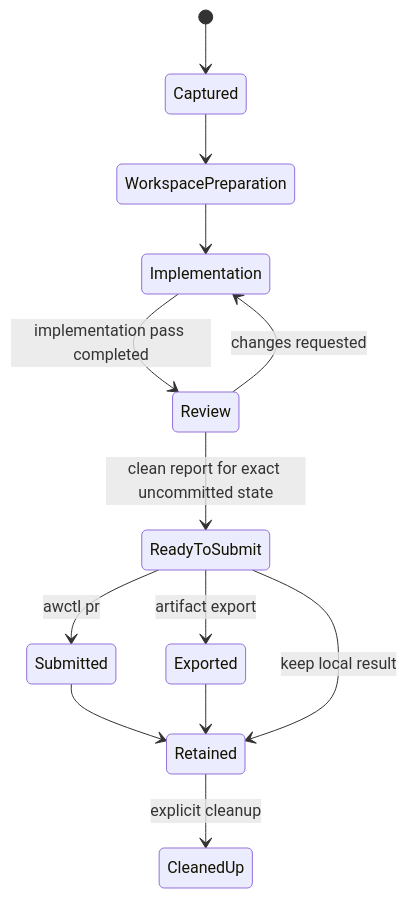
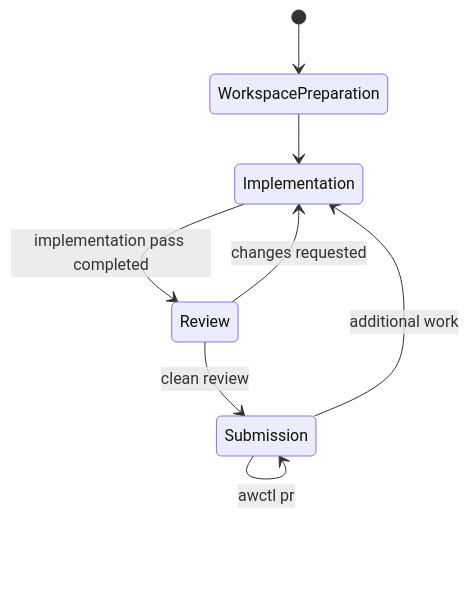
Before and after one commit to mitjasiska/agentic-workflows: the second of 2 diagrams in architecture.md, drawn with Mermaid. The commit also changed other lines of this file and 28 other files, not shown here.

Commit message:
docs: refine architecture for initial E2E readiness (DEV-119)

````diff
--- a/architecture.md
+++ b/architecture.md
@@ -417,15 +450,10 @@
 ```mermaid
 stateDiagram-v2
-    [*] --> Captured
-    Captured --> WorkspacePreparation
+    [*] --> WorkspacePreparation
     WorkspacePreparation --> Implementation
     Implementation --> Review: implementation pass completed
     Review --> Implementation: changes requested
-    Review --> ReadyToSubmit: clean report for exact uncommitted state
-    ReadyToSubmit --> Submitted: awctl pr
-    ReadyToSubmit --> Exported: artifact export
-    Submitted --> Retained
-    Exported --> Retained
-    ReadyToSubmit --> Retained: keep local result
-    Retained --> CleanedUp: explicit cleanup
+    Review --> Submission: clean review
+    Submission --> Submission: awctl pr
+    Submission --> Implementation: additional work
 ```
````
